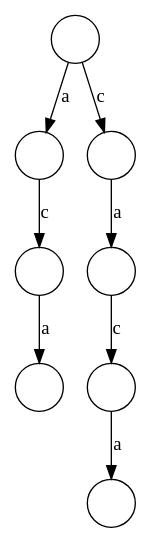
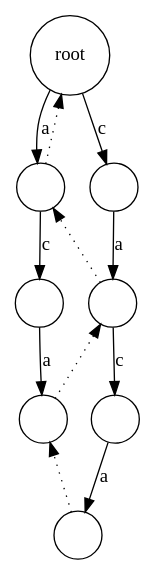
The diagram in algo/datastruct/tree/suffix-tree/img/strie-caca.dot (liuxinyu95/AlgoXY), drawn with Graphviz before and after one commit. The commit also changed 8 other files, not shown here.

```diff
--- a/algo/datastruct/tree/suffix-tree/img/strie-caca.dot
+++ b/algo/datastruct/tree/suffix-tree/img/strie-caca.dot
@@ -1,18 +1,27 @@
 digraph G{
 	node[shape=circle]
-	t[label=""];
+	t[label="root"];
 	ta[label=""];
 	tac[label=""];
 	taca[label=""];
 	tac->taca[label="a"]
 	ta->tac[label="c"]
 	t->ta[label="a"]
 	tc[label=""];
 	tca[label=""];
 	tcac[label=""];
 	tcaca[label=""];
 	tcac->tcaca[label="a"]
 	tca->tcac[label="c"]
 	tc->tca[label="a"]
 	t->tc[label="c"]
+	/*suffix links*/
+	tcaca->taca[style=dotted]
+	taca->tca[style=dotted]
+	tca->ta[style=dotted]
+	ta->t[style=dotted]
+	/*layout*/
+	{rank = same; ta; tc;}
+	{rank = same; tac; tca;}
+	{rank = same; taca; tcac;}
 }
```
